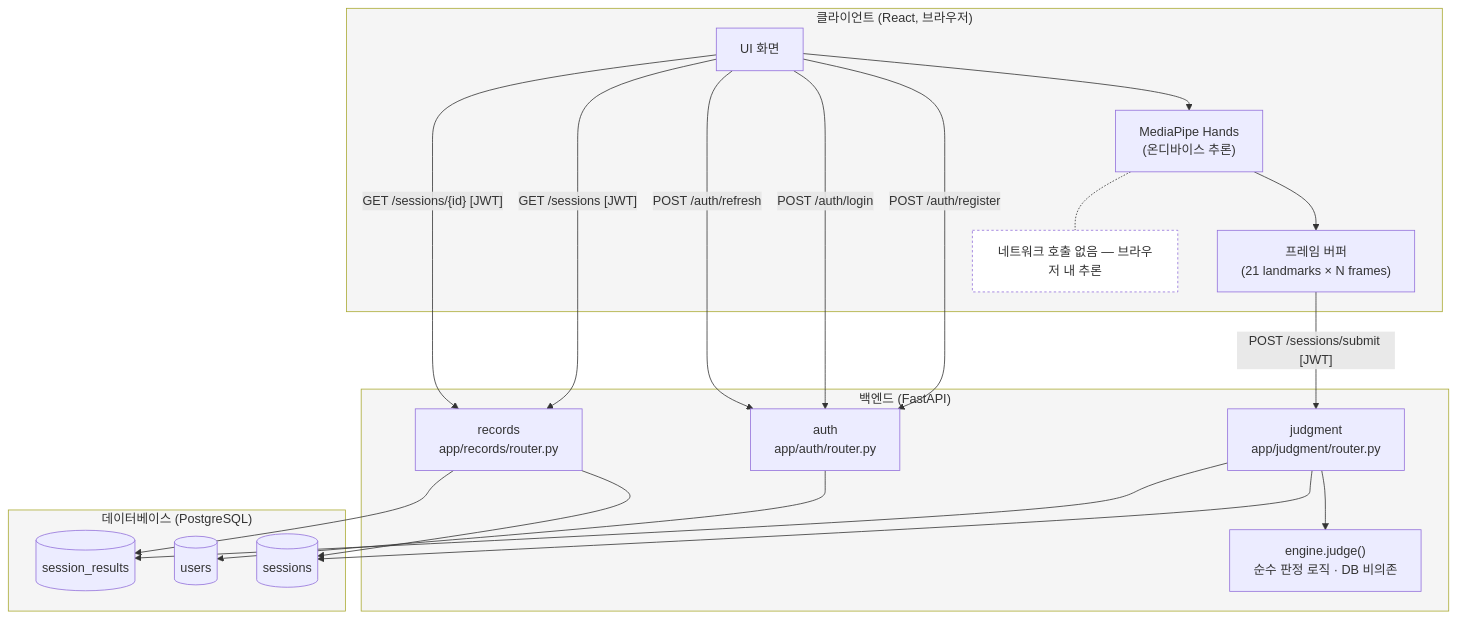
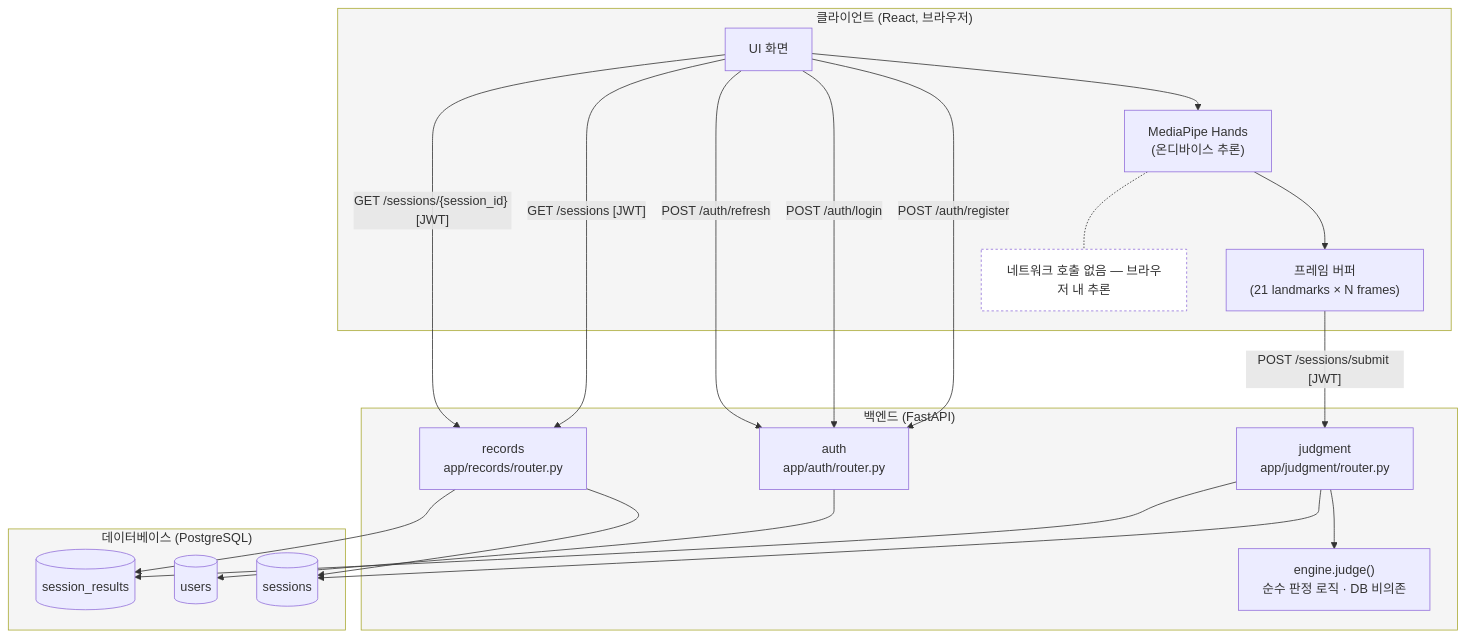
The first of 4 diagrams in docs/architecture.md (originEdu/Assignment), drawn with Mermaid before and after one commit. The commit also changed other lines of this file, not shown here.

Commit message:
docs: use real path parameter name in session detail route
The route is declared as `@router.get(/{session_id})`, so OpenAPI
publishes `/sessions/{session_id}`. The diagram said `/sessions/{id}`,
carried over from the spec. Match the code.

````diff
--- a/docs/architecture.md
+++ b/docs/architecture.md
@@ -14,44 +14,44 @@
 ```mermaid
 flowchart TB
     subgraph CLIENT["클라이언트 (React, 브라우저)"]
         UI["UI 화면"]
         MP["MediaPipe Hands<br/>(온디바이스 추론)"]
         BUF["프레임 버퍼<br/>(21 landmarks × N frames)"]
         NOTE["네트워크 호출 없음 — 브라우저 내 추론"]
         UI --> MP
         MP --> BUF
         MP -.- NOTE
     end
 
     subgraph BACKEND["백엔드 (FastAPI)"]
         AUTH["auth<br/>app/auth/router.py"]
         JUDGE["judgment<br/>app/judgment/router.py"]
         ENGINE["engine.judge()<br/>순수 판정 로직 · DB 비의존"]
         REC["records<br/>app/records/router.py"]
         JUDGE --> ENGINE
     end
 
     subgraph DATABASE["데이터베이스 (PostgreSQL)"]
         USERS[("users")]
         SESSIONS[("sessions")]
         RESULTS[("session_results")]
     end
 
     UI -->|"POST /auth/register"| AUTH
     UI -->|"POST /auth/login"| AUTH
     UI -->|"POST /auth/refresh"| AUTH
     BUF -->|"POST /sessions/submit [JWT]"| JUDGE
     UI -->|"GET /sessions [JWT]"| REC
-    UI -->|"GET /sessions/{id} [JWT]"| REC
+    UI -->|"GET /sessions/{session_id} [JWT]"| REC
 
     AUTH --> USERS
     JUDGE --> SESSIONS
     JUDGE --> RESULTS
     REC --> SESSIONS
     REC --> RESULTS
 
     style CLIENT fill:#f5f5f5
     style BACKEND fill:#f5f5f5
     style DATABASE fill:#f5f5f5
     style NOTE fill:#ffffff,stroke-dasharray: 3 3
 ```
````
